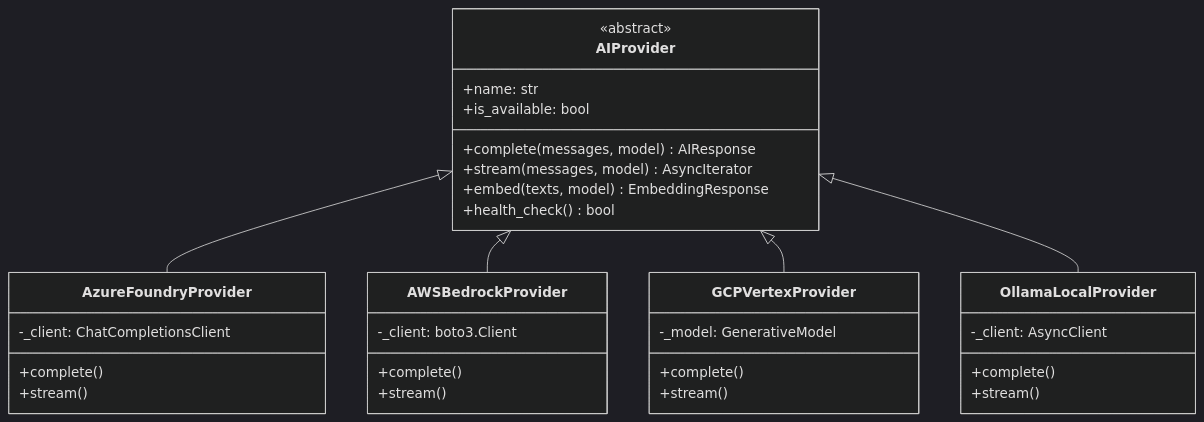
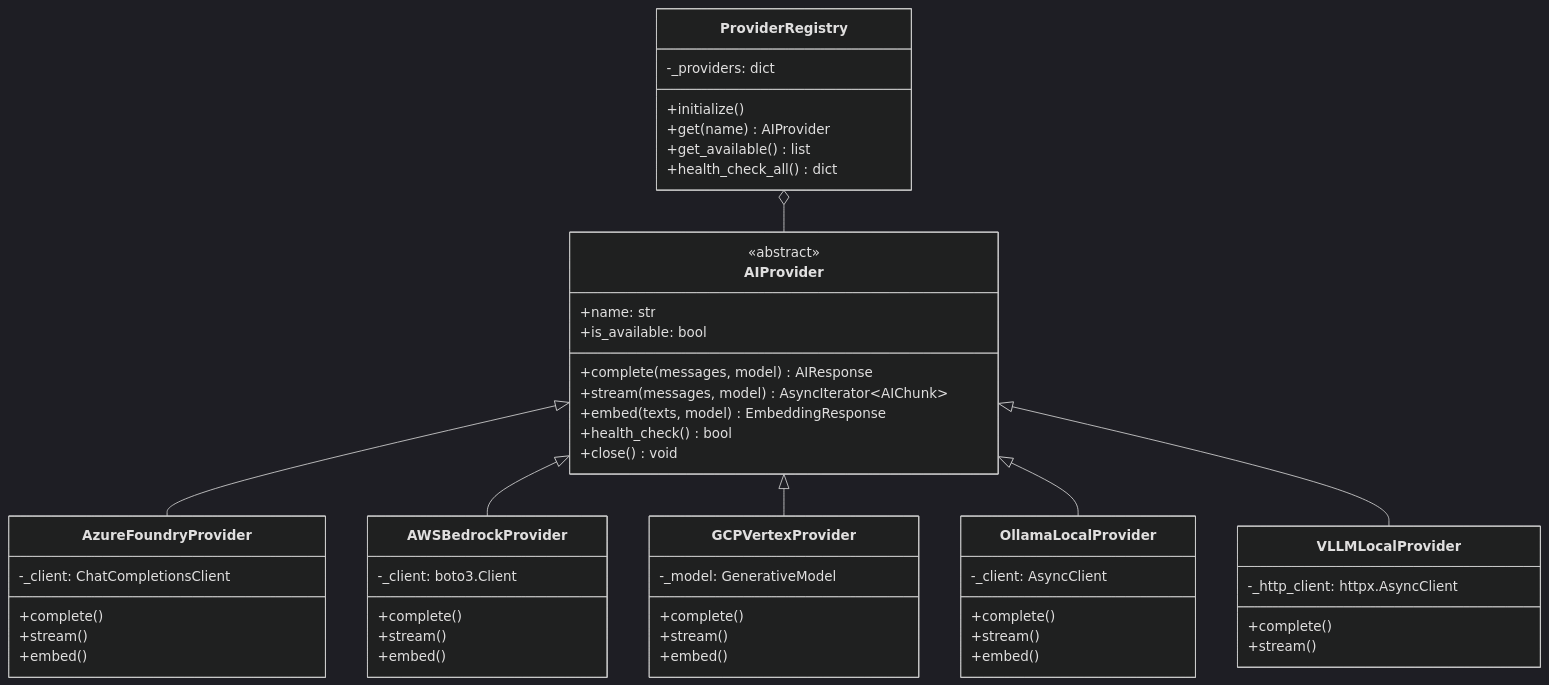
The second of 8 diagrams in docs/architecture.md (GEJFY/cs-risk-agent), drawn with Mermaid (dark theme) before and after one commit. The commit also changed other lines of this file and 4 other files, not shown here.

````diff
--- a/docs/architecture.md
+++ b/docs/architecture.md
@@ -87,41 +111,62 @@
 ```mermaid
 classDiagram
     class AIProvider {
         <<abstract>>
         +name: str
         +is_available: bool
         +complete(messages, model) AIResponse
-        +stream(messages, model) AsyncIterator
+        +stream(messages, model) AsyncIterator~AIChunk~
         +embed(texts, model) EmbeddingResponse
         +health_check() bool
+        +close() void
     }
 
     class AzureFoundryProvider {
         -_client: ChatCompletionsClient
         +complete()
         +stream()
+        +embed()
     }
 
     class AWSBedrockProvider {
         -_client: boto3.Client
         +complete()
         +stream()
+        +embed()
     }
 
     class GCPVertexProvider {
         -_model: GenerativeModel
         +complete()
         +stream()
+        +embed()
     }
 
     class OllamaLocalProvider {
         -_client: AsyncClient
         +complete()
         +stream()
+        +embed()
+    }
+
+    class VLLMLocalProvider {
+        -_http_client: httpx.AsyncClient
+        +complete()
+        +stream()
+    }
+
+    class ProviderRegistry {
+        -_providers: dict
+        +initialize()
+        +get(name) AIProvider
+        +get_available() list
+        +health_check_all() dict
     }
 
     AIProvider <|-- AzureFoundryProvider
     AIProvider <|-- AWSBedrockProvider
     AIProvider <|-- GCPVertexProvider
     AIProvider <|-- OllamaLocalProvider
+    AIProvider <|-- VLLMLocalProvider
+    ProviderRegistry o-- AIProvider
 ```
````
